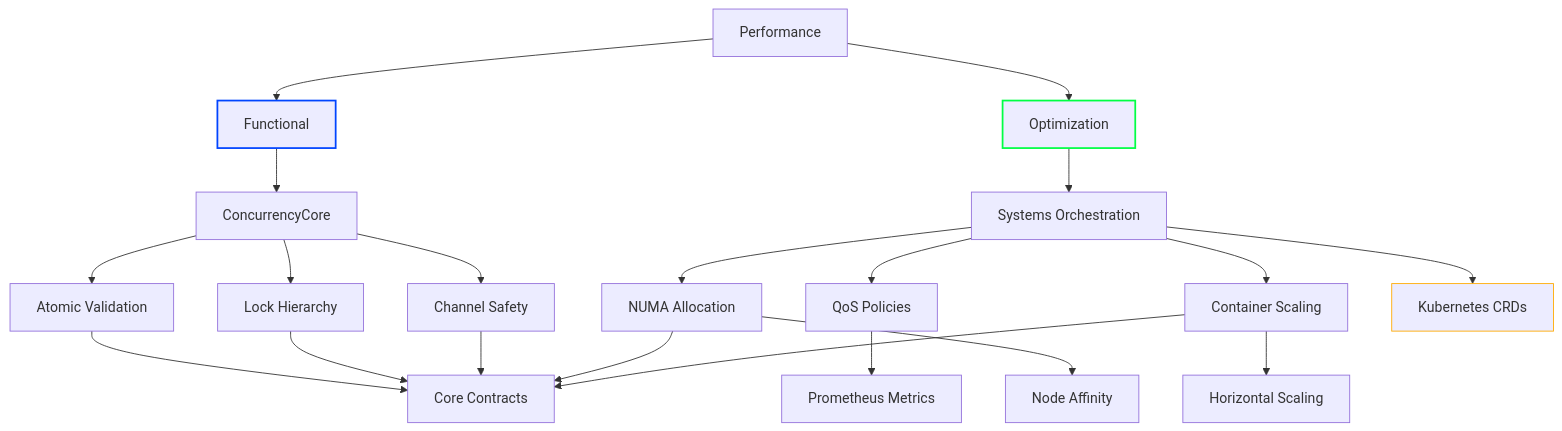
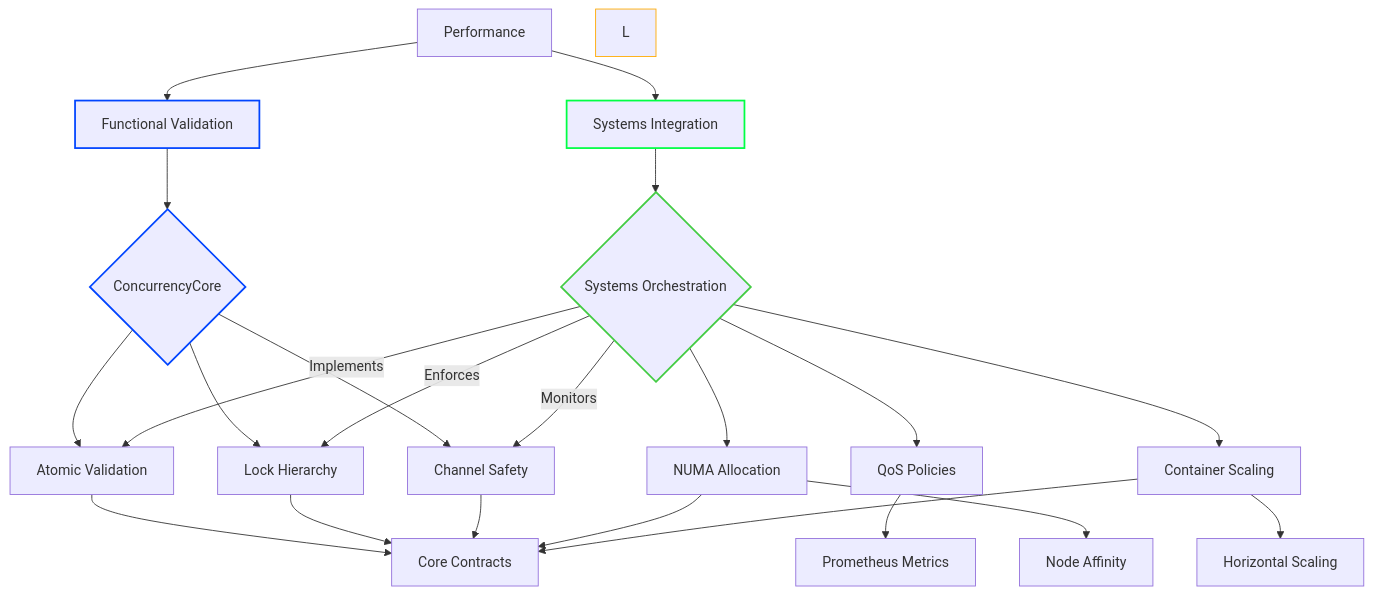
The second of 2 diagrams in goKore/01-Concurrency/02-Performance/DOMAIN.md (lenaxia/openkore), drawn with Mermaid before and after one commit. The commit also changed other lines of this file, not shown here.

Commit message:
refactor: align performance interfaces with systems domain and update domain diagram

````diff
--- a/goKore/01-Concurrency/02-Performance/DOMAIN.md
+++ b/goKore/01-Concurrency/02-Performance/DOMAIN.md
@@ -55,34 +55,40 @@
 ```mermaid
 graph TD
-    A[Performance] --> B[Functional]
-    A --> C[Optimization]
+    A[Performance] --> B[Functional Validation]
+    A --> C[Systems Integration]
     
-    B --> D[ConcurrencyCore]
-    C --> E[Systems Orchestration]
+    B --> D{ConcurrencyCore}
+    C --> E{Systems Orchestration}
     
     D --> F[Atomic Validation]
     D --> G[Lock Hierarchy]
     D --> H[Channel Safety]
     
     E --> I[QoS Policies]
     E --> J[NUMA Allocation]
     E --> K[Container Scaling]
-    E --> L[Kubernetes CRDs]
+    
+    E -->|Implements| F
+    E -->|Enforces| G
+    E -->|Monitors| H
+    
+    style E stroke:#44cc44,stroke-width:2px
+    style D stroke:#0044ff,stroke-width:2px
     
     F --> M[Core Contracts]
     G --> M
     H --> M
     
     I --> N[Prometheus Metrics]
     J --> O[Node Affinity]
     K --> P[Horizontal Scaling]
     
     style B stroke:#0044ff,stroke-width:2px
     style C stroke:#00cc44,stroke-width:2px
     style L stroke:#ffaa00
     J --> M
     K --> M
     
     style B stroke:#0044ff,stroke-width:2px
     style C stroke:#00ff44,stroke-width:2px
 ```
````
